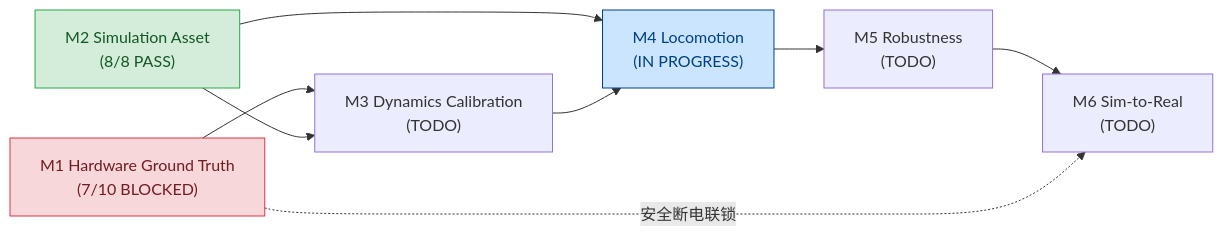
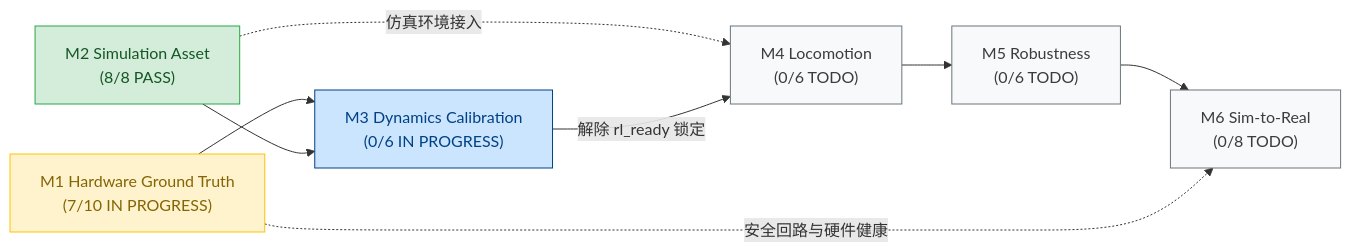
The diagram in page/stackforce/Roadmap与里程碑.md (Kytolly/wiki-tutorial-Isaac), drawn with Mermaid before and after one commit. The commit also changed other lines of this file and 133 other files, not shown here.

First line of the commit message:
refactor(wiki): finalize semantic cleanup, capability-oriented M3 gates, and freeze architecture

````diff
--- a/page/stackforce/Roadmap与里程碑.md
+++ b/page/stackforce/Roadmap与里程碑.md
@@ -24,14 +28,17 @@
 ```mermaid
 flowchart LR
-    M1["M1 Hardware Ground Truth<br>(7/10 BLOCKED)"] --> M3["M3 Dynamics Calibration<br>(TODO)"]
+    M1["M1 Hardware Ground Truth<br>(7/10 IN PROGRESS)"] --> M3["M3 Dynamics Calibration<br>(0/6 IN PROGRESS)"]
     M2["M2 Simulation Asset<br>(8/8 PASS)"] --> M3
-    M2 --> M4["M4 Locomotion<br>(IN PROGRESS)"]
-    M3 --> M4
-    M4 --> M5["M5 Robustness<br>(TODO)"]
-    M5 --> M6["M6 Sim-to-Real<br>(TODO)"]
-    M1 -. 安全断电联锁 .-> M6
+    M2 -. 仿真环境接入 .-> M4["M4 Locomotion<br>(0/6 TODO)"]
+    M3 -->|解除 rl_ready 锁定| M4
+    M4 --> M5["M5 Robustness<br>(0/6 TODO)"]
+    M5 --> M6["M6 Sim-to-Real<br>(0/8 TODO)"]
+    M1 -. 安全回路与硬件健康 .-> M6
     
-    style M1 fill:#f8d7da,stroke:#dc3545,color:#721c24
+    style M1 fill:#fff3cd,stroke:#ffc107,color:#856404
     style M2 fill:#d4edda,stroke:#28a745,color:#155724
-    style M4 fill:#cce5ff,stroke:#004085,color:#004085
+    style M3 fill:#cce5ff,stroke:#004085,color:#004085
+    style M4 fill:#f8f9fa,stroke:#6c757d,color:#383d41
+    style M5 fill:#f8f9fa,stroke:#6c757d,color:#383d41
+    style M6 fill:#f8f9fa,stroke:#6c757d,color:#383d41
 ```
````
